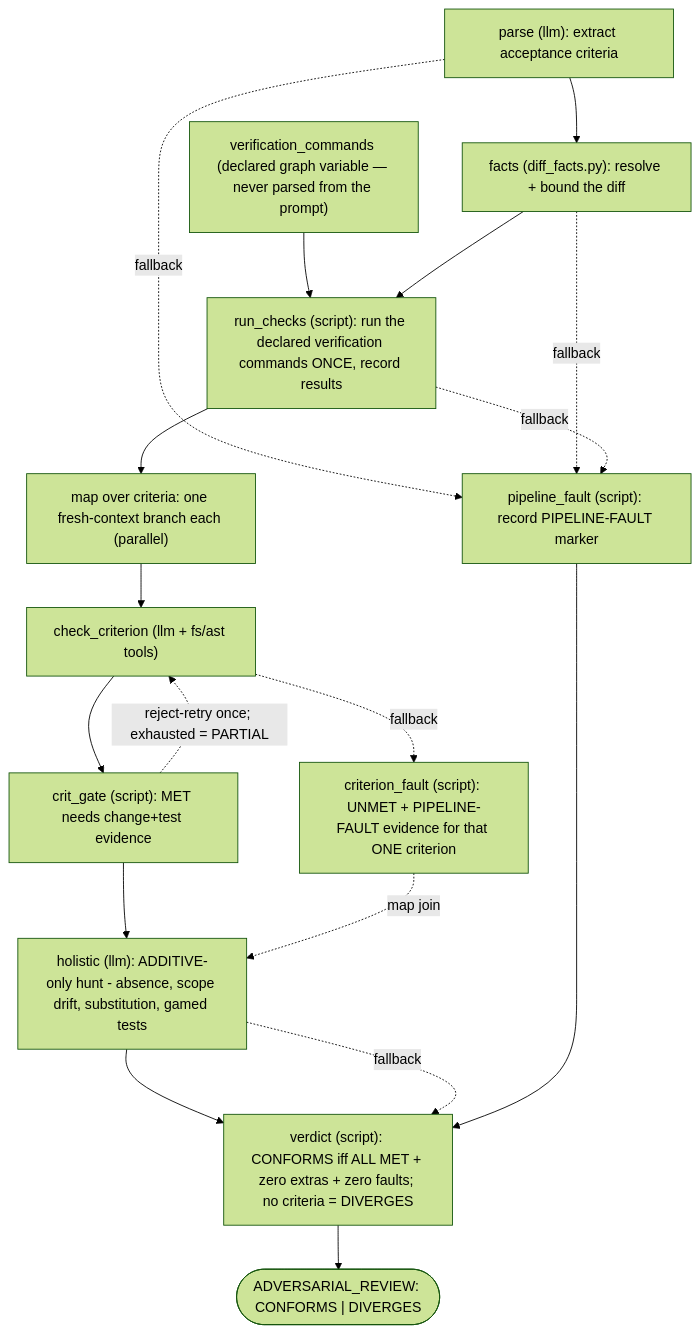
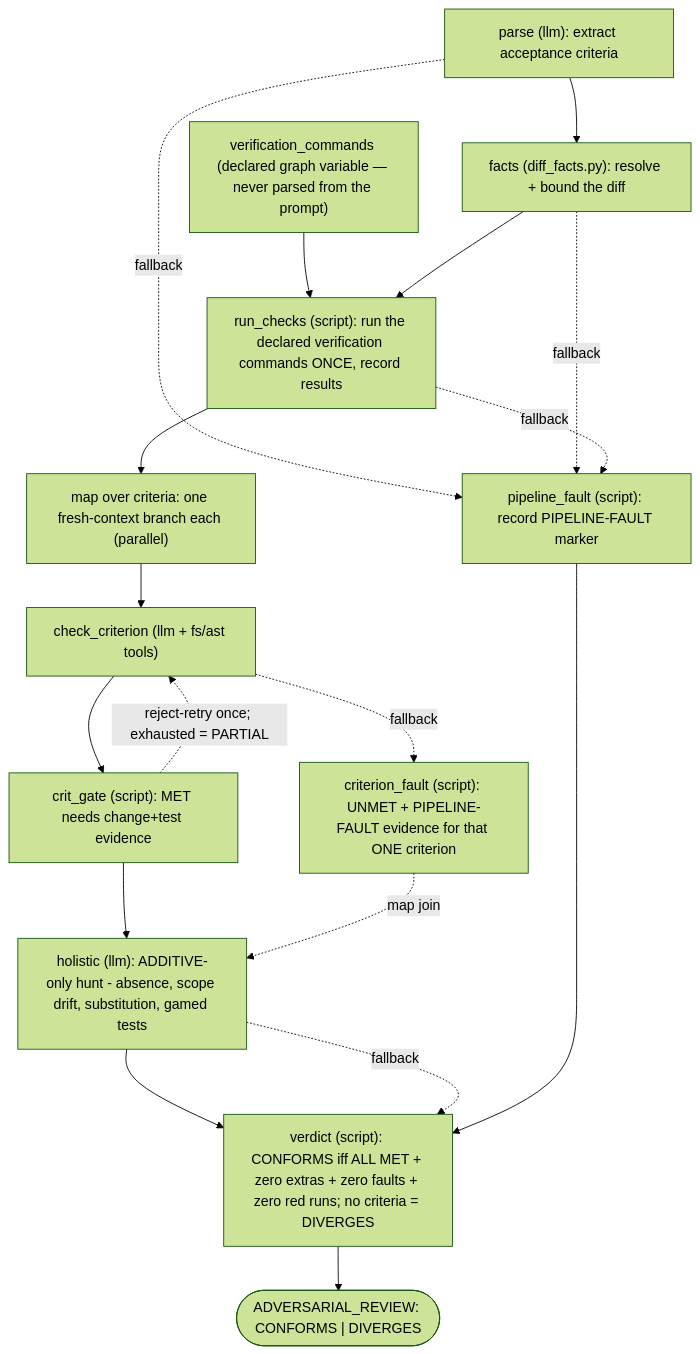
Before and after one commit to Dark-Alex-17/coyote: the diagram in assets/agents/adversary/README.md, drawn with Mermaid (forest theme). The commit also changed other lines of this file and 4 other files, not shown here.

````diff
--- a/assets/agents/adversary/README.md
+++ b/assets/agents/adversary/README.md
@@ -67,20 +71,20 @@
 ```mermaid
 flowchart TD
     A["parse (llm): extract acceptance criteria"] --> B["facts (diff_facts.py): resolve + bound the diff"]
     V["verification_commands (declared graph variable — never parsed from the prompt)"] --> R
     B --> R["run_checks (script): run the declared verification commands ONCE, record results"]
     R --> C["map over criteria: one fresh-context branch each (parallel)"]
     C --> D["check_criterion (llm + fs/ast tools)"]
     D --> E["crit_gate (script): MET needs change+test evidence"]
     E -. "reject-retry once; exhausted = PARTIAL" .-> D
     E --> F["holistic (llm): ADDITIVE-only hunt - absence, scope drift, substitution, gamed tests"]
-    F --> G["verdict (script): CONFORMS iff ALL MET + zero extras + zero faults; no criteria = DIVERGES"]
+    F --> G["verdict (script): CONFORMS iff ALL MET + zero extras + zero faults + zero red runs; no criteria = DIVERGES"]
     G --> H(["ADVERSARIAL_REVIEW: CONFORMS | DIVERGES"])
     A -. "fallback" .-> P["pipeline_fault (script): record PIPELINE-FAULT marker"]
     B -. "fallback" .-> P
     R -. "fallback" .-> P
     D -. "fallback" .-> CF["criterion_fault (script): UNMET + PIPELINE-FAULT evidence for that ONE criterion"]
     CF -. "map join" .-> F
     F -. "fallback" .-> G
     P --> G
 ```
````
